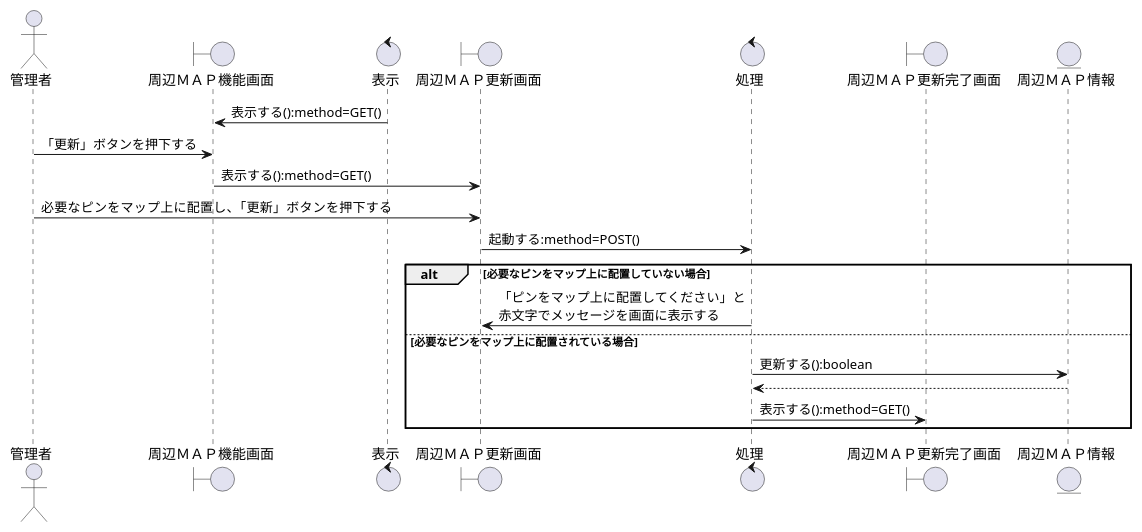
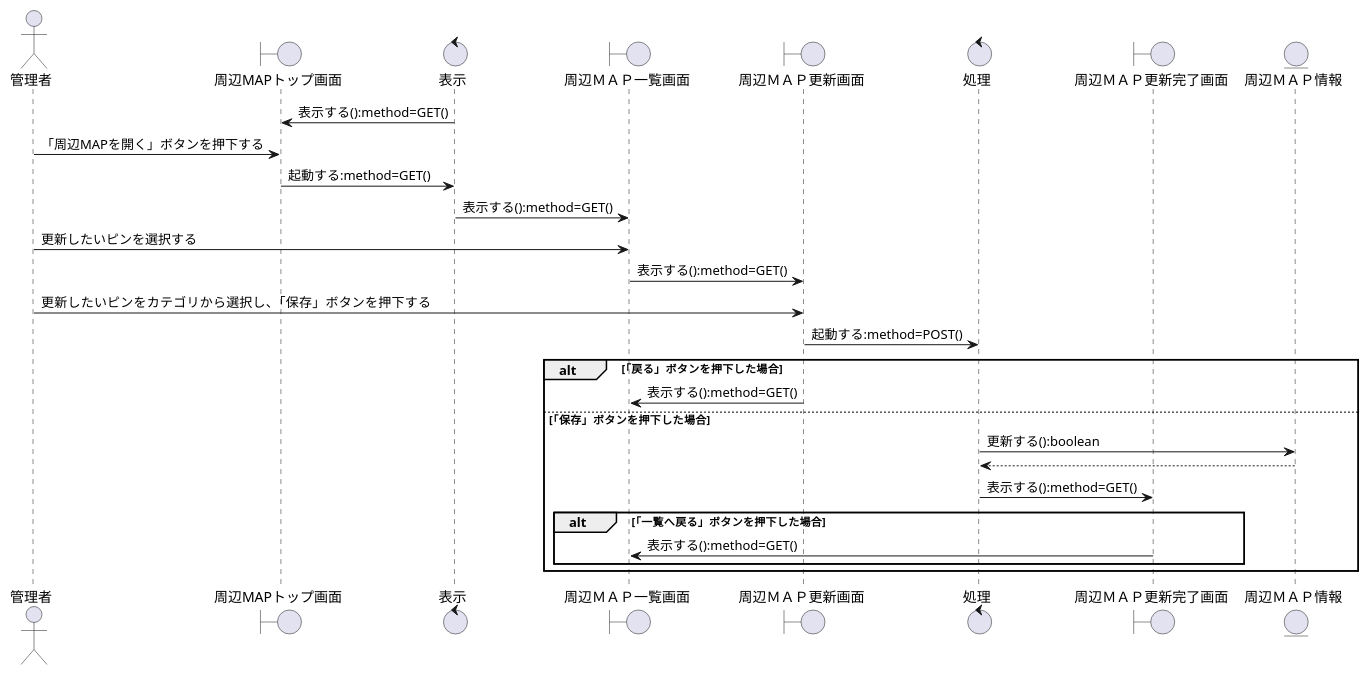
Before and after one commit to K-Rinrin/GroupE: the diagram in お城/お城/設計書/シーケンス図/管理者/周辺MAP機能/シーケンス図_管理者がお城の周辺情報の更新をする.pu, drawn with PlantUML. The commit also changed 3 other files, not shown here.

```diff
--- a/お城/お城/設計書/シーケンス図/管理者/周辺MAP機能/シーケンス図_管理者がお城の周辺情報の更新をする.pu
+++ b/お城/お城/設計書/シーケンス図/管理者/周辺MAP機能/シーケンス図_管理者がお城の周辺情報の更新をする.pu
@@ -1,33 +1,41 @@
 @startuml 管理者がお城の周辺情報の更新をする
 
 
 ' ========================================
 ' 登場モノの定義
 ' ========================================
 actor "管理者" as Admin
-boundary "周辺ＭＡＰ機能画面" as b1
+boundary "周辺MAPトップ画面" as b0
 control "表示" as c1
+boundary "周辺ＭＡＰ一覧画面" as b1
 boundary "周辺ＭＡＰ更新画面" as b2
 control "処理" as c2
 boundary "周辺ＭＡＰ更新完了画面" as b3
 entity "周辺ＭＡＰ情報" as e1
 
 ' ========================================
 ' シーケンスの流れ
 ' ========================================
 
+c1 -> b0 : 表示する():method=GET()
+Admin -> b0 : 「周辺MAPを開く」ボタンを押下する
+b0 -> c1 : 起動する:method=GET()
 c1 -> b1 : 表示する():method=GET()
-Admin -> b1 : 「更新」ボタンを押下する
+Admin -> b1 : 更新したいピンを選択する
 b1 -> b2 : 表示する():method=GET()
-Admin -> b2 : 必要なピンをマップ上に配置し、「更新」ボタンを押下する
+Admin -> b2 : 更新したいピンをカテゴリから選択し、「保存」ボタンを押下する
 b2 -> c2 : 起動する:method=POST()
 
-alt 必要なピンをマップ上に配置していない場合
-    c2 -> b2 : 「ピンをマップ上に配置してください」と\n赤文字でメッセージを画面に表示する
-else 必要なピンをマップ上に配置されている場合
+alt 「戻る」ボタンを押下した場合
+    b2 -> b1 : 表示する():method=GET()
+else 「保存」ボタンを押下した場合
     c2 -> e1 : 更新する():boolean
     e1 --> c2
     c2 -> b3: 表示する():method=GET()
+
+    alt 「一覧へ戻る」ボタンを押下した場合
+        b3 -> b1 : 表示する():method=GET()
+    end
 end
 
 @enduml
```
